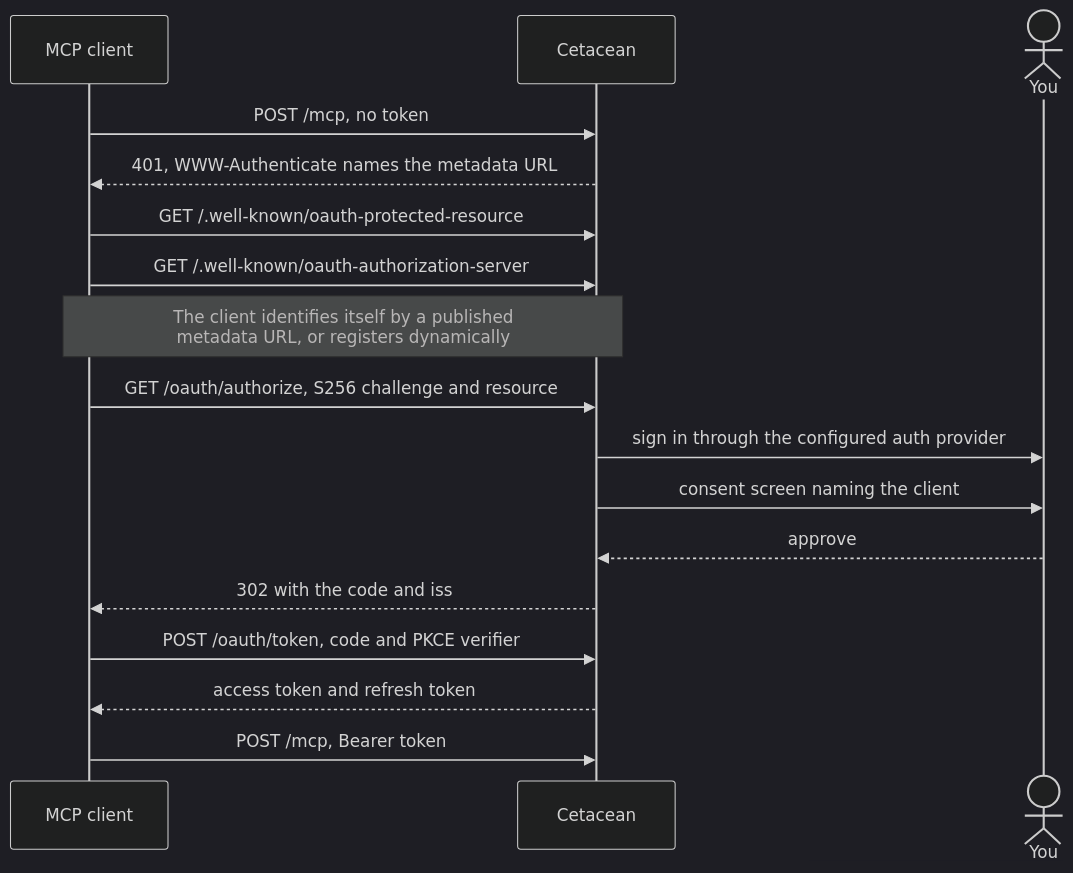
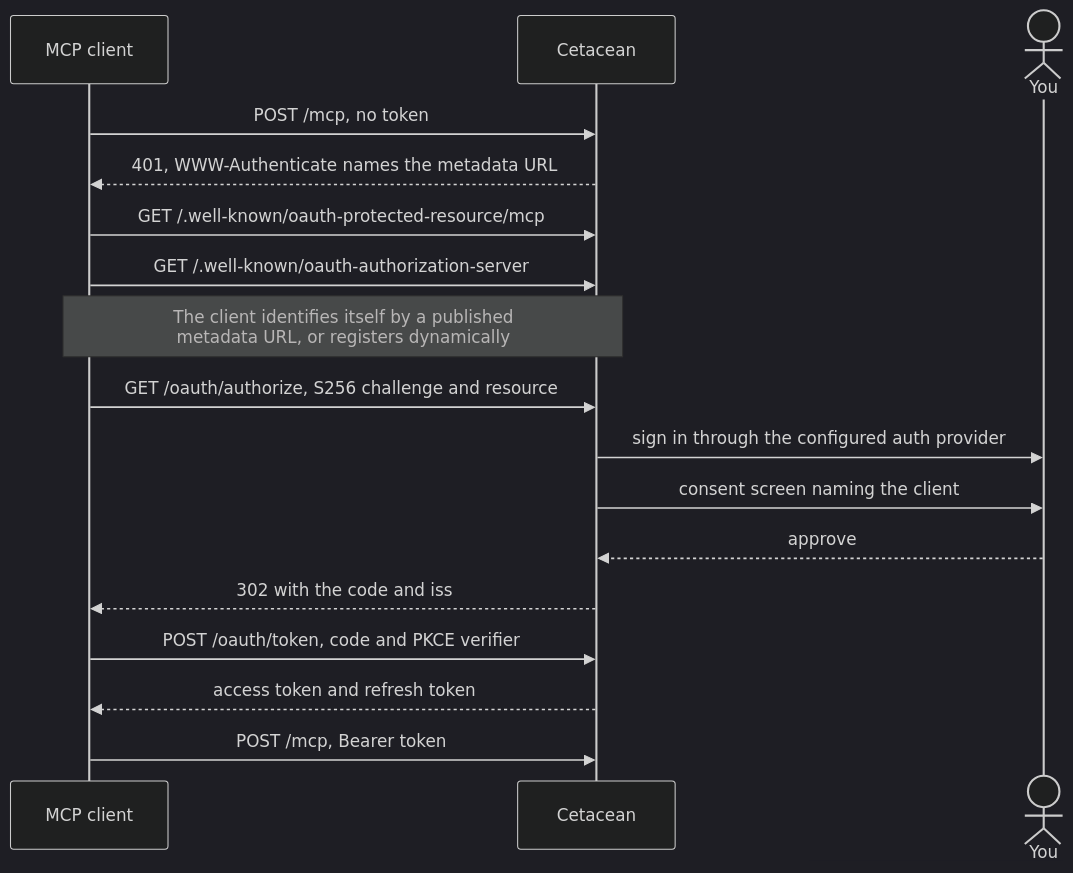
Before and after one commit to Radiergummi/cetacean: the diagram in docs/mcp.md, drawn with Mermaid (dark theme). The commit also changed other lines of this file and 69 other files, not shown here.

````diff
--- a/docs/mcp.md
+++ b/docs/mcp.md
@@ -163,23 +176,23 @@
 ```mermaid
 sequenceDiagram
     accTitle: How an MCP client gets an access token
     accDescr: The client discovers the authorization server from a 401, identifies itself, sends you through your auth provider and a consent screen, then exchanges the code for an access token scoped to this deployment.
 
     participant client as MCP client
     participant cetacean as Cetacean
     actor you as You
 
     client->>cetacean: POST /mcp, no token
     cetacean-->>client: 401, WWW-Authenticate names the metadata URL
-    client->>cetacean: GET /.well-known/oauth-protected-resource
+    client->>cetacean: GET /.well-known/oauth-protected-resource/mcp
     client->>cetacean: GET /.well-known/oauth-authorization-server
     Note over client,cetacean: The client identifies itself by a published<br/>metadata URL, or registers dynamically
     client->>cetacean: GET /oauth/authorize, S256 challenge and resource
     cetacean->>you: sign in through the configured auth provider
     cetacean->>you: consent screen naming the client
     you-->>cetacean: approve
     cetacean-->>client: 302 with the code and iss
     client->>cetacean: POST /oauth/token, code and PKCE verifier
     cetacean-->>client: access token and refresh token
     client->>cetacean: POST /mcp, Bearer token
 ```
````
